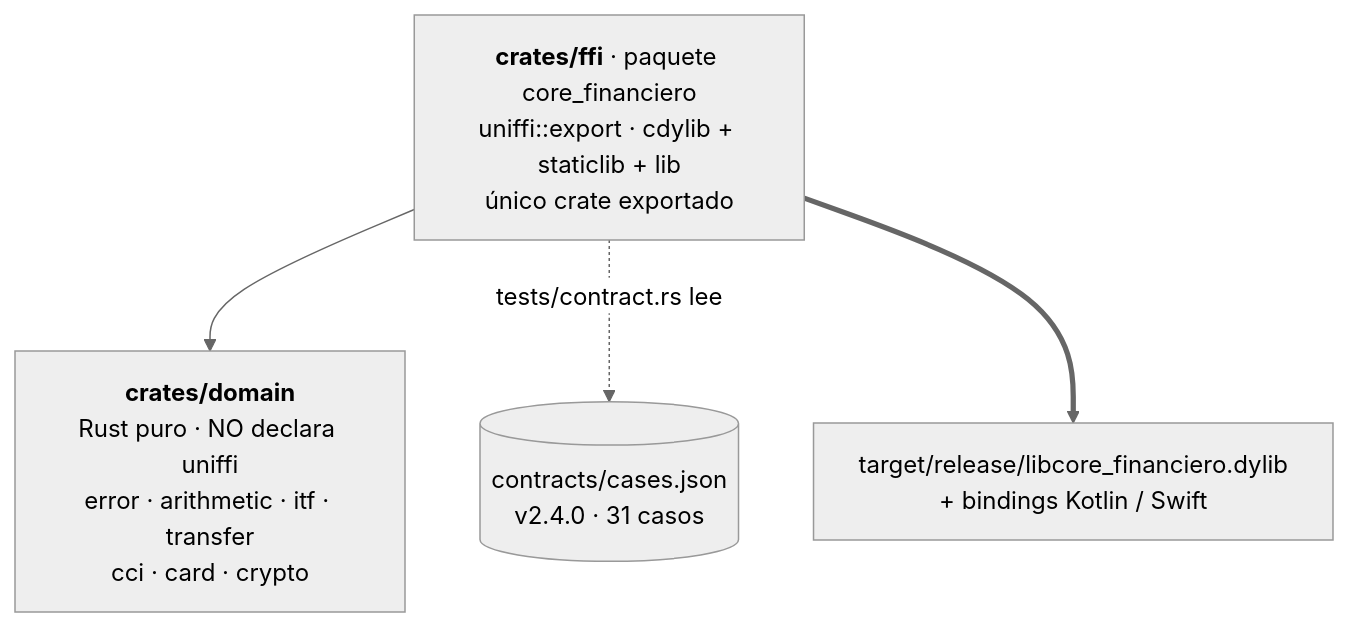
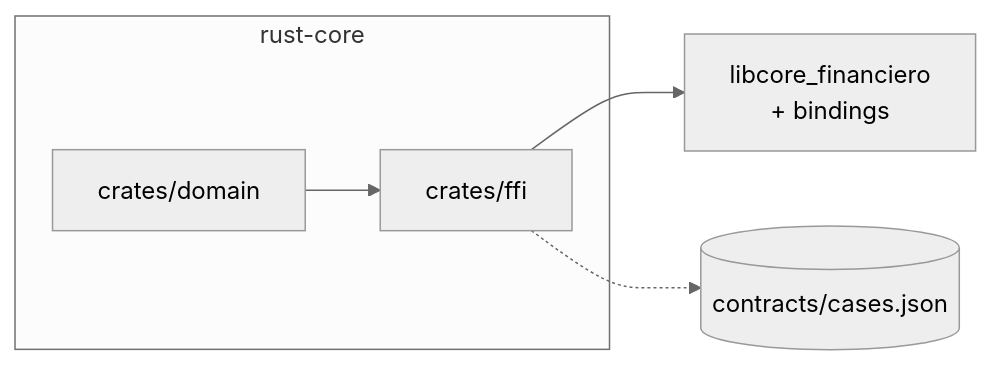
One commit to tohure/rust-core-cross-app changed the diagram in rust-core/README.md. Above: the diagram before and after it, drawn with Mermaid (neutral theme). The commit also changed other lines of this file and 1 other file, not shown here.

First line of the commit message:
docs(rust-core): leyenda del diagrama y tres afirmaciones que envejecieron

````diff
--- a/rust-core/README.md
+++ b/rust-core/README.md
@@ -17,11 +18,9 @@
 ```mermaid
-graph TD
-    ffi["<b>crates/ffi</b> · paquete core_financiero<br/>uniffi::export · cdylib + staticlib + lib<br/>único crate exportado"]
-    domain["<b>crates/domain</b><br/>Rust puro · NO declara uniffi<br/>error · arithmetic · itf · transfer<br/>cci · card · crypto"]
-    contrato[("contracts/cases.json<br/>v2.4.0 · 31 casos")]
-    bindings["target/release/libcore_financiero.dylib<br/>+ bindings Kotlin / Swift"]
+flowchart LR
+    subgraph ws["rust-core"]
+        domain["crates/domain"] --> ffi["crates/ffi"]
+    end
 
-    ffi --> domain
-    ffi -. "tests/contract.rs lee" .-> contrato
-    ffi ==> bindings
+    ffi --> artefactos["libcore_financiero<br/>+ bindings"]
+    ffi -.-> contrato[("contracts/cases.json")]
 ```
````
